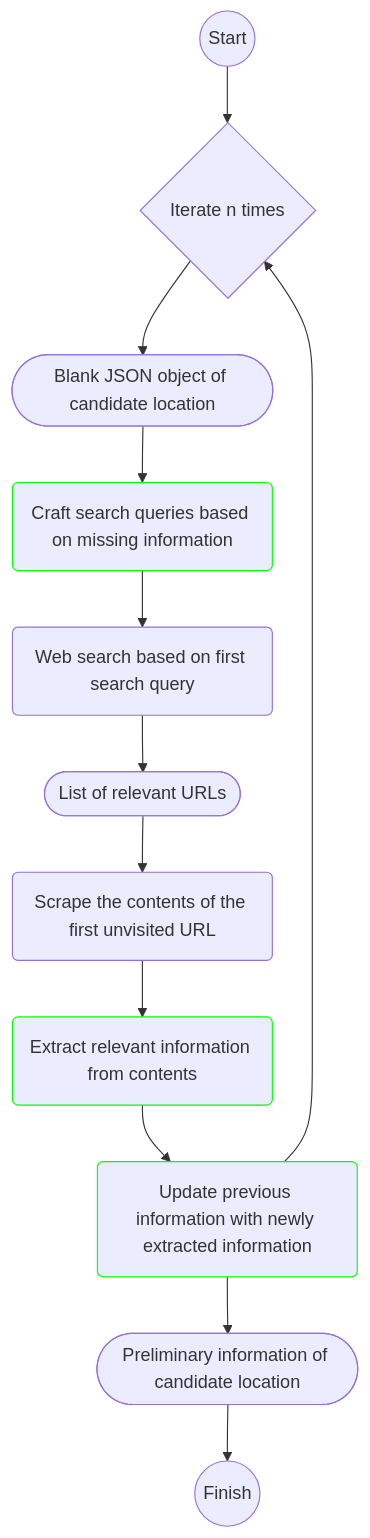
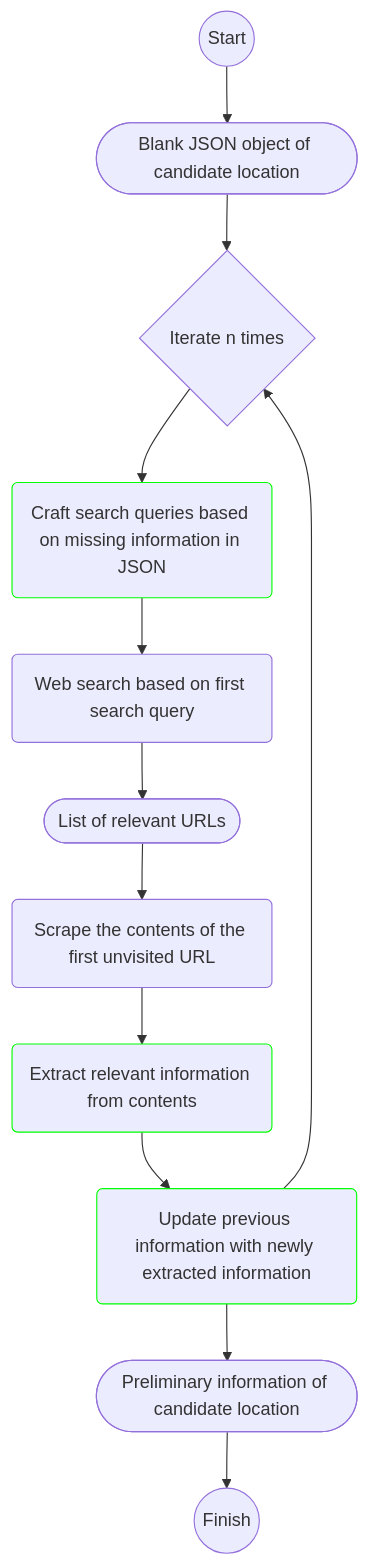
One commit to yaoxinmeng/recommender changed the second of 3 diagrams in README.md. Above: the diagram before and after it, drawn with Mermaid. The commit also changed other lines of this file, not shown here.

Commit message:
Corrected work flow diagram

````diff
--- a/README.md
+++ b/README.md
@@ -39,17 +39,17 @@
 ```mermaid
 graph TD;
-  S((Start))-->N{Iterate n times}
-  N-->A([Blank JSON object of candidate location])
-  A-->B(Craft search queries based on missing information)
+  S((Start))-->A([Blank JSON object of candidate location])
+  A-->N{Iterate n times}
+  N-->B(Craft search queries based on missing information in JSON)
   B-->C(Web search based on first search query)
   C-->D([List of relevant URLs])
   D-->E(Scrape the contents of the first unvisited URL)
   E-->F(Extract relevant information from contents)
   F-->G(Update previous information with newly extracted information)
   G-->N
   G-->H([Preliminary information of candidate location])
   H-->I((Finish))
 
   classDef llm stroke:#0f0;
   class B,F,G llm;
 ```
````
